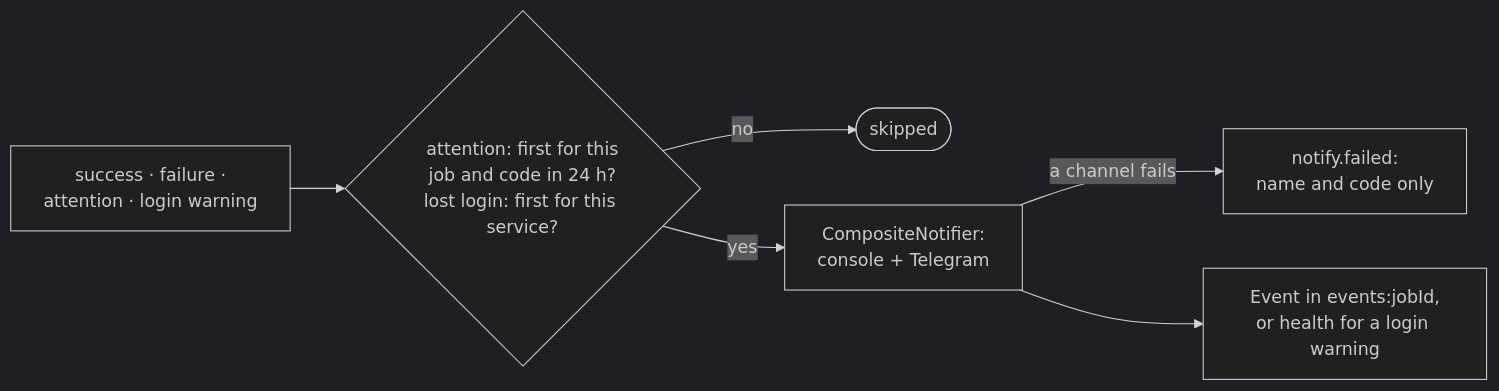
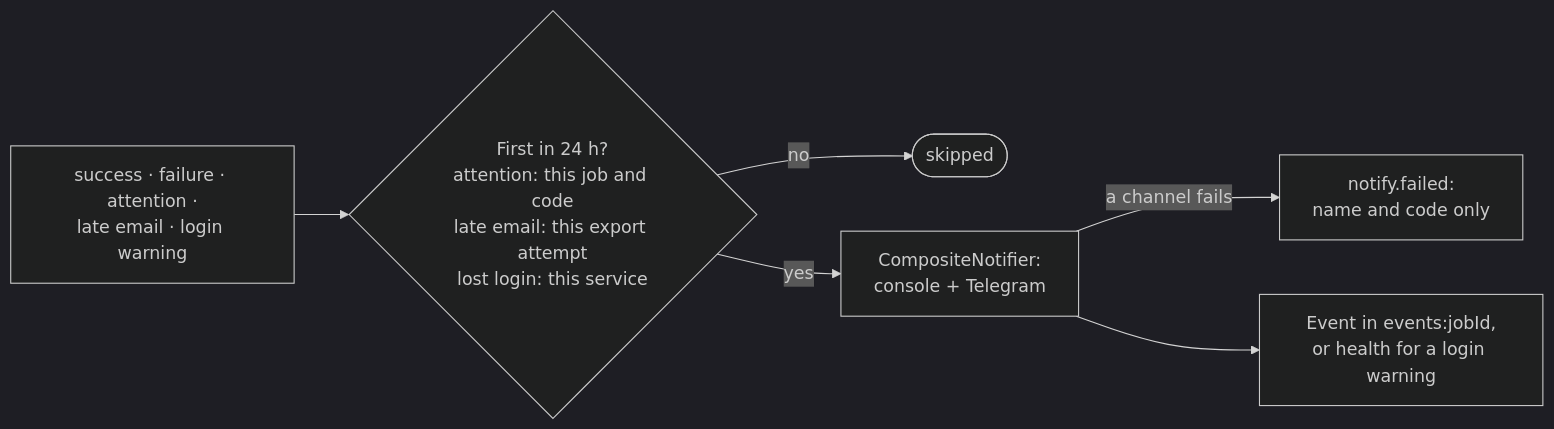
One commit to itemka/nodejs-backend-mastery changed the fifth of 6 diagrams in workspaces/apps/notion-backup-automation/docs/backup-lifecycle.md. Above: the diagram before and after it, drawn with Mermaid (dark theme). The commit also changed 6 other files, not shown here.

````diff
--- a/workspaces/apps/notion-backup-automation/docs/backup-lifecycle.md
+++ b/workspaces/apps/notion-backup-automation/docs/backup-lifecycle.md
@@ -124,8 +124,8 @@
 ```mermaid
 flowchart LR
-  Event[success · failure ·<br/>attention · login warning] --> Gate{attention: first for this<br/>job and code in 24 h?<br/>lost login: first for this service?}
+  Event[success · failure · attention ·<br/>late email · login warning] --> Gate{First in 24 h?<br/>attention: this job and code<br/>late email: this export attempt<br/>lost login: this service}
   Gate -->|no| Skip([skipped])
   Gate -->|yes| Fan[CompositeNotifier:<br/>console + Telegram]
   Fan -->|a channel fails| Logged[notify.failed:<br/>name and code only]
   Fan --> Record[Event in events:jobId,<br/>or health for a login warning]
 ```
````
